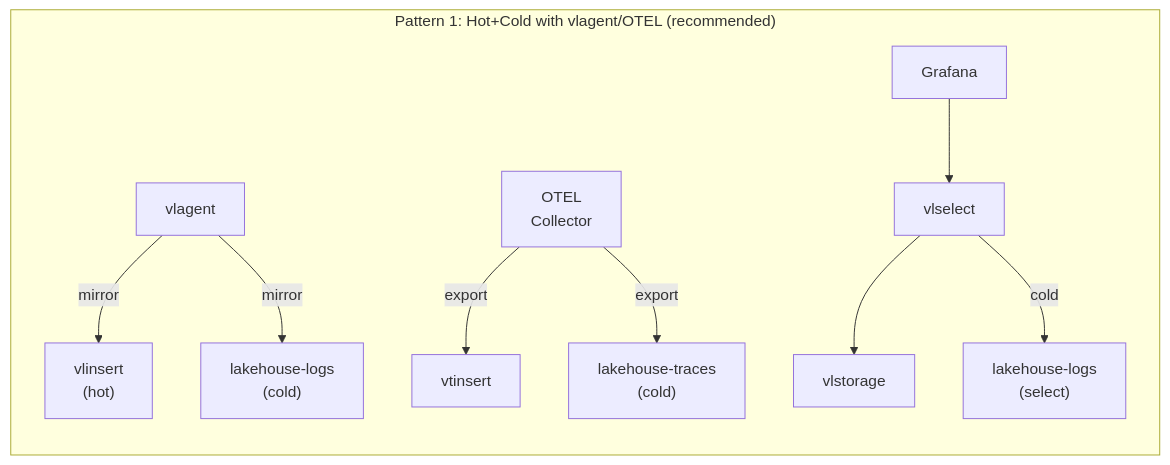
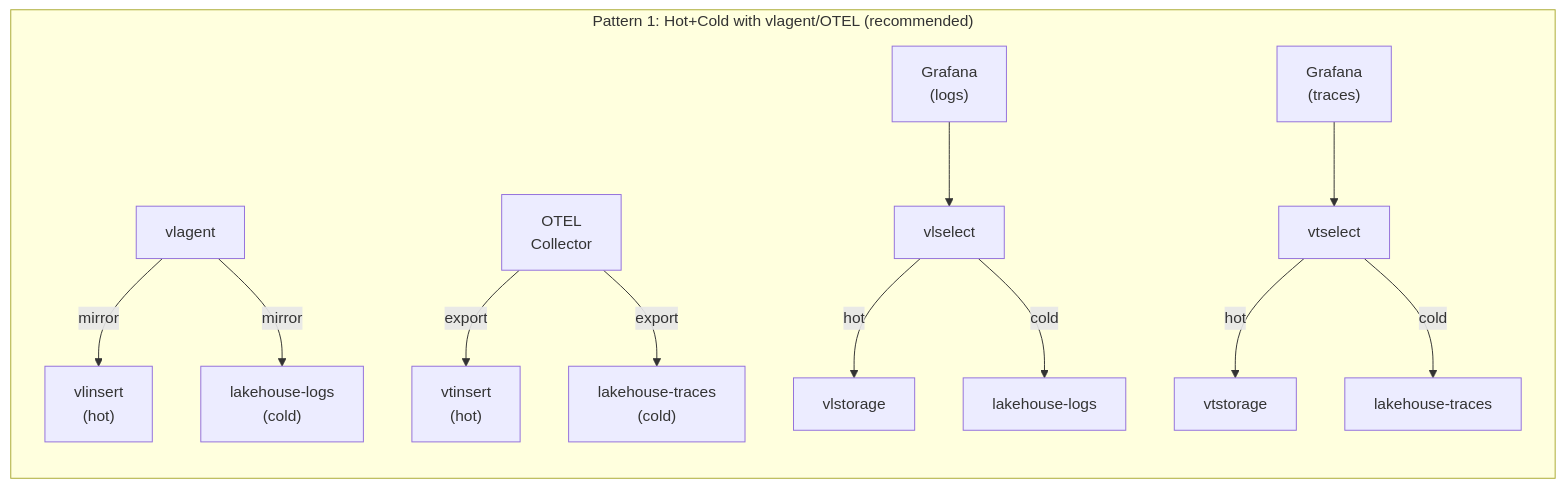
The fourth of 10 diagrams in README.md (ReliablyObserve/victoria-lakehouse), drawn with Mermaid before and after one commit. The commit also changed other lines of this file and 5 other files, not shown here.

````diff
--- a/README.md
+++ b/README.md
@@ -221,12 +221,15 @@
 ```mermaid
 graph LR
     subgraph "Pattern 1: Hot+Cold with vlagent/OTEL (recommended)"
         VA["vlagent"] -->|mirror| VLI["vlinsert<br/>(hot)"]
         VA -->|mirror| LHL["lakehouse-logs<br/>(cold)"]
-        OC["OTEL<br/>Collector"] -->|export| VTI["vtinsert"]
+        OC["OTEL<br/>Collector"] -->|export| VTI["vtinsert<br/>(hot)"]
         OC -->|export| LHT["lakehouse-traces<br/>(cold)"]
-        G1["Grafana"] --> VS1["vlselect"]
-        VS1 --> VLS1["vlstorage"]
-        VS1 -->|cold| LHLS["lakehouse-logs<br/>(select)"]
+        G1L["Grafana<br/>(logs)"] --> VLS1["vlselect"]
+        VLS1 -->|hot| VLSTO1["vlstorage"]
+        VLS1 -->|cold| LHLS["lakehouse-logs"]
+        G1T["Grafana<br/>(traces)"] --> VTS1["vtselect"]
+        VTS1 -->|hot| VTSTO1["vtstorage"]
+        VTS1 -->|cold| LHTS["lakehouse-traces"]
     end
 ```
````
